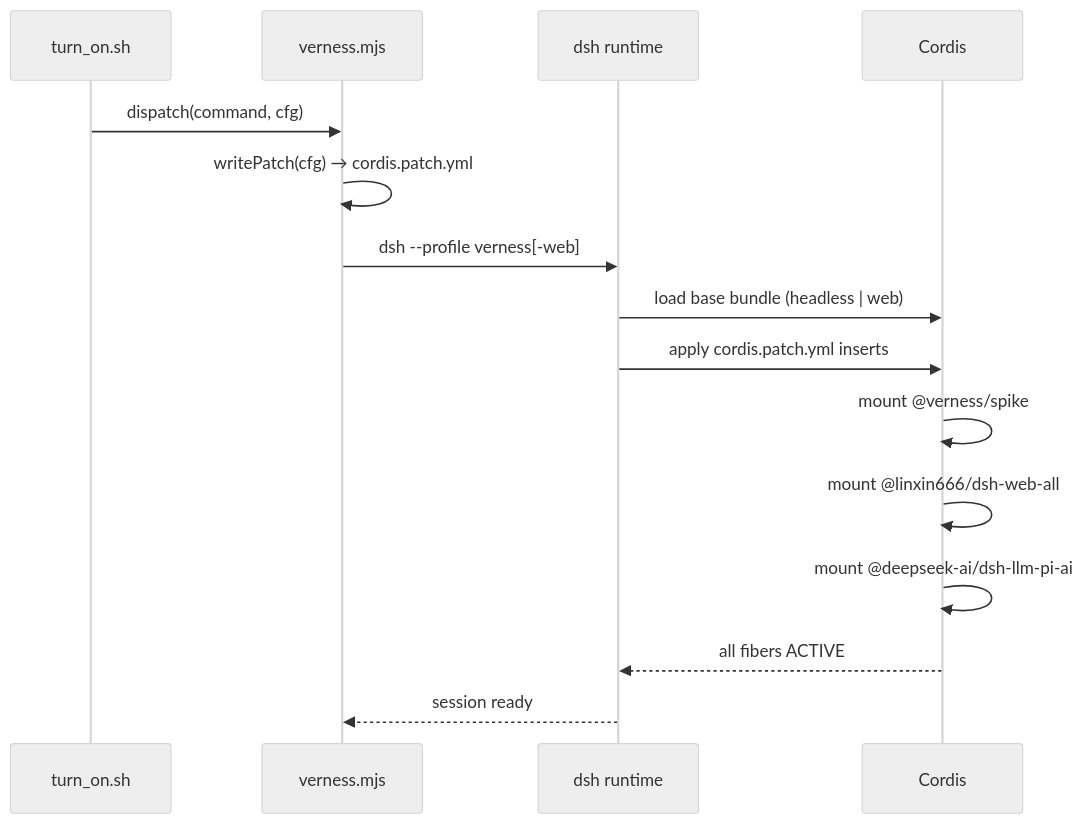
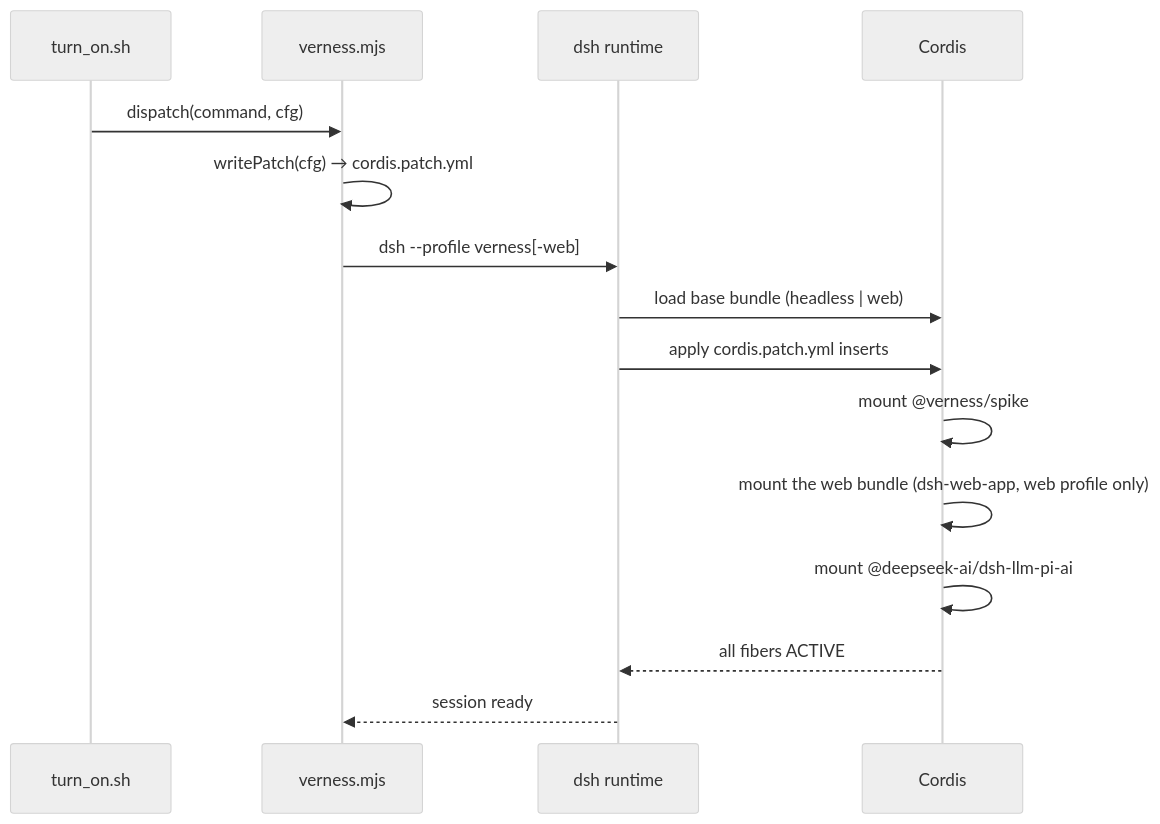
The third of 4 diagrams in README.md (MoonHawlk/VerNess), drawn with Mermaid (neutral theme) before and after one commit. The commit also changed other lines of this file and 5 other files, not shown here.

````diff
--- a/README.md
+++ b/README.md
@@ -352,18 +357,18 @@
 ```mermaid
 sequenceDiagram
     participant TOS as turn_on.sh
     participant VJS as verness.mjs
     participant DSH as dsh runtime
     participant CRD as Cordis
 
     TOS->>VJS: dispatch(command, cfg)
     VJS->>VJS: writePatch(cfg) → cordis.patch.yml
     VJS->>DSH: dsh --profile verness[-web]
     DSH->>CRD: load base bundle (headless | web)
     DSH->>CRD: apply cordis.patch.yml inserts
     CRD->>CRD: mount @verness/spike
-    CRD->>CRD: mount @linxin666/dsh-web-all
+    CRD->>CRD: mount the web bundle (dsh-web-app, web profile only)
     CRD->>CRD: mount @deepseek-ai/dsh-llm-pi-ai
     CRD-->>DSH: all fibers ACTIVE
     DSH-->>VJS: session ready
 ```
````
